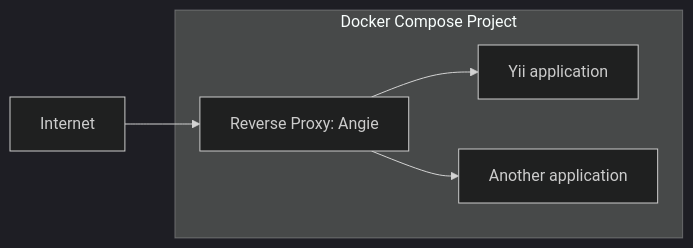
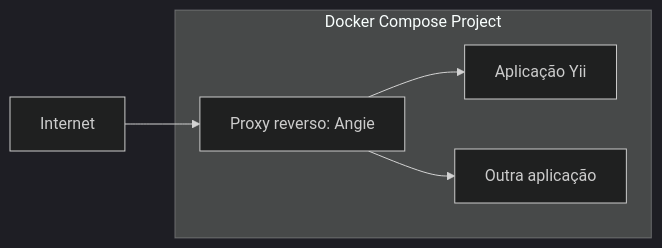
Before and after one commit to yiisoft/docs: the diagram in src/pt-BR/cookbook/deployment/angie-docker-proxy.md, drawn with Mermaid (dark theme). The commit also changed other lines of this file and 57 other files, not shown here.

````diff
--- a/src/pt-BR/cookbook/deployment/angie-docker-proxy.md
+++ b/src/pt-BR/cookbook/deployment/angie-docker-proxy.md
@@ -21,12 +21,12 @@
 ```mermaid
 graph LR
-    A[Internet] --> B[Reverse Proxy: Angie]
-    B --> C[Yii application]
-    B --> D[Another application]
+    A[Internet] --> B[Proxy reverso: Angie]
+    B --> C[Aplicação Yii]
+    B --> D[Outra aplicação]
 
     subgraph Docker Compose Project
         B
         C
         D
     end
 ```
````
